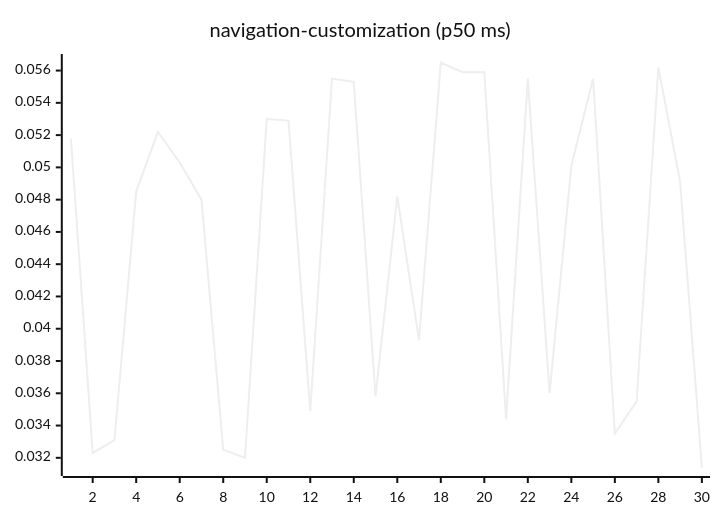
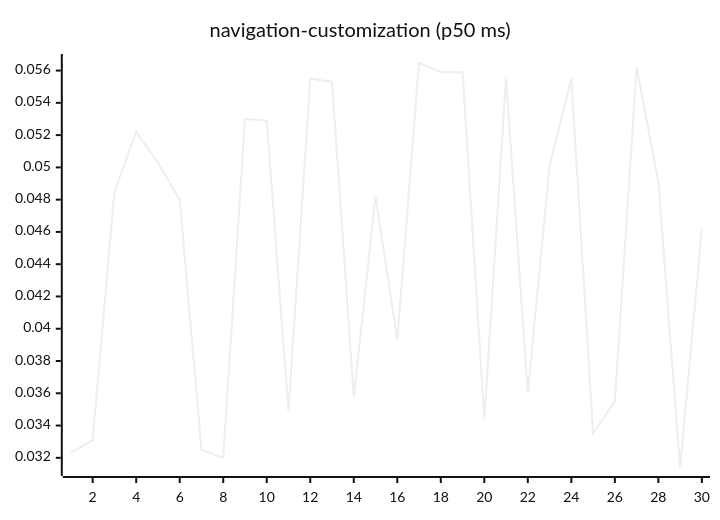
One commit to josha/Facet changed diagram 15 of 27 in README.md. Above: the diagram before and after it, drawn with Mermaid (neutral theme). The commit also changed other lines of this file and 2 other files, not shown here.

````diff
--- a/README.md
+++ b/README.md
@@ -161,6 +161,6 @@
 ```mermaid
 xychart-beta
     title "navigation-customization (p50 ms)"
     x-axis 1 --> 30
-    line [0.0518, 0.0323, 0.0331, 0.0485, 0.0522, 0.0503, 0.0480, 0.0325, 0.0320, 0.0530, 0.0529, 0.0349, 0.0555, 0.0553, 0.0358, 0.0482, 0.0393, 0.0565, 0.0559, 0.0559, 0.0344, 0.0555, 0.0360, 0.0501, 0.0555, 0.0335, 0.0355, 0.0562, 0.0491, 0.0314]
+    line [0.0323, 0.0331, 0.0485, 0.0522, 0.0503, 0.0480, 0.0325, 0.0320, 0.0530, 0.0529, 0.0349, 0.0555, 0.0553, 0.0358, 0.0482, 0.0393, 0.0565, 0.0559, 0.0559, 0.0344, 0.0555, 0.0360, 0.0501, 0.0555, 0.0335, 0.0355, 0.0562, 0.0491, 0.0314, 0.0462]
 ```
````
